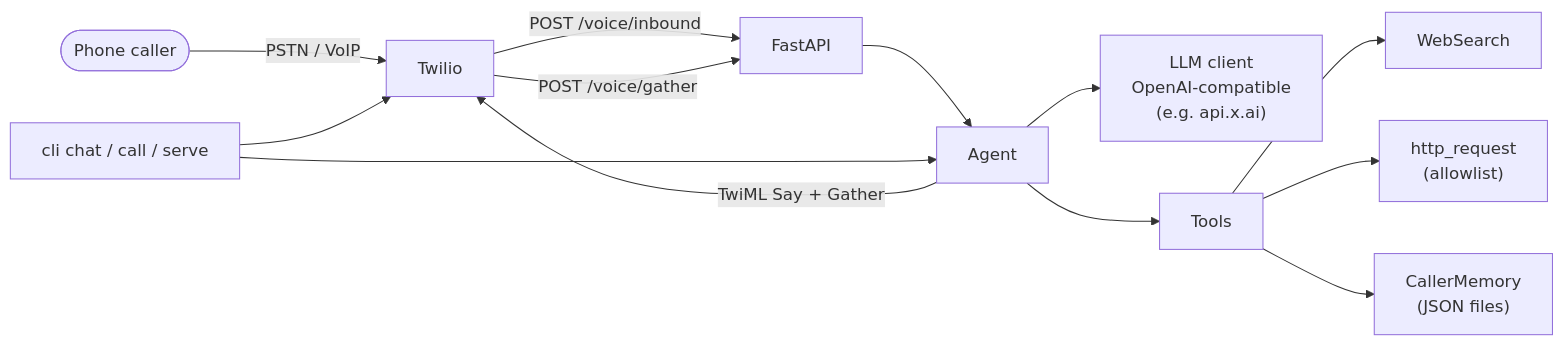
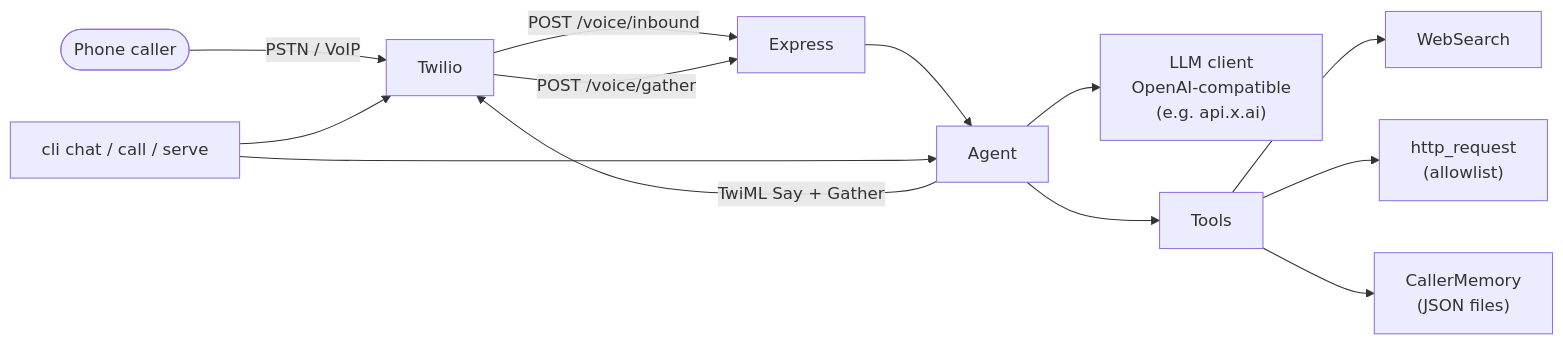
The diagram in README.md (sravan2828/Charlie-Agent), drawn with Mermaid before and after one commit. The commit also changed other lines of this file and 34 other files, not shown here.

````diff
--- a/README.md
+++ b/README.md
@@ -26,15 +26,15 @@
 ```mermaid
 flowchart LR
   Caller([Phone caller]) -->|PSTN / VoIP| Twilio
-  Twilio -->|POST /voice/inbound| FastAPI
-  Twilio -->|POST /voice/gather| FastAPI
-  FastAPI --> Agent
+  Twilio -->|POST /voice/inbound| Express
+  Twilio -->|POST /voice/gather| Express
+  Express --> Agent
   Agent --> LLM["LLM client<br/>OpenAI-compatible<br/>(e.g. api.x.ai)"]
   Agent --> Tools
   Tools --> WebSearch
   Tools --> HTTP["http_request<br/>(allowlist)"]
   Tools --> Memory["CallerMemory<br/>(JSON files)"]
   Agent -->|TwiML Say + Gather| Twilio
   CLI["cli chat / call / serve"] --> Agent
   CLI --> Twilio
 ```
````
